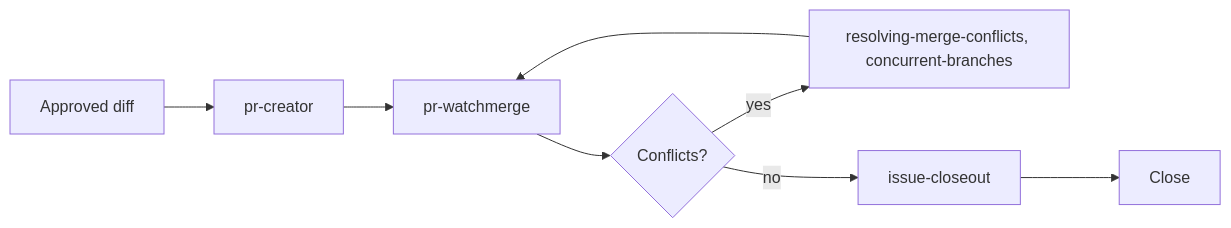
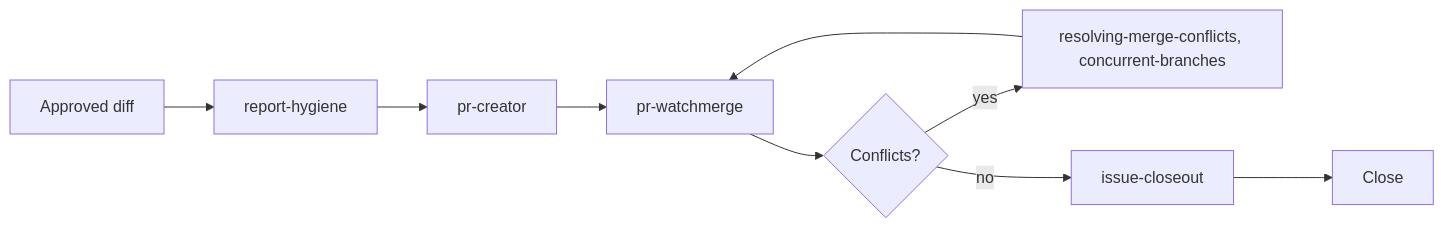
One commit to FAZuH/agent changed the eighth of 14 diagrams in docs/skill-guide.md. Above: the diagram before and after it, drawn with Mermaid. The commit also changed other lines of this file and 1 other file, not shown here.

Commit message:
docs: gate published artifacts on report-hygiene

````diff
--- a/docs/skill-guide.md
+++ b/docs/skill-guide.md
@@ -165,10 +165,11 @@
 ```mermaid
 flowchart LR
-  G[Approved diff] --> P[pr-creator]
+  G[Approved diff] --> H[report-hygiene]
+  H --> P[pr-creator]
   P --> W[pr-watchmerge]
   W --> C{Conflicts?}
   C -->|yes| R[resolving-merge-conflicts, concurrent-branches]
   R --> W
   C -->|no| I[issue-closeout]
   I --> Cl[Close]
 ```
````
